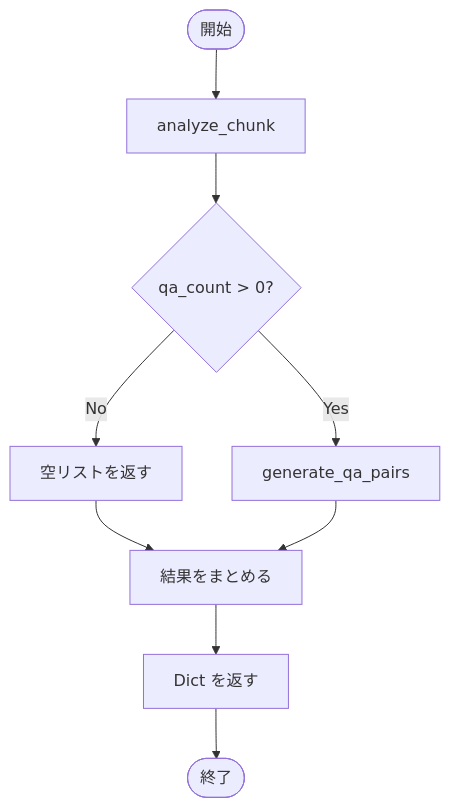
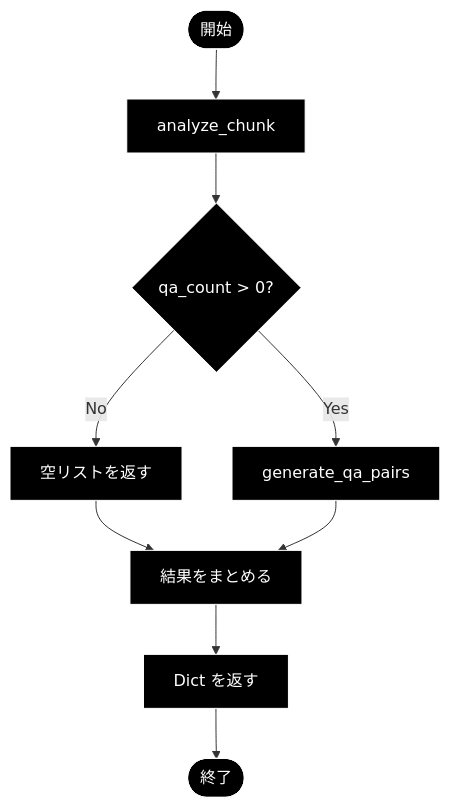
The eighth of 8 diagrams in qa_qdrant/doc/make_qa_qapipeline.md (nakashima2toshio/ollama_grace_agent_v2), drawn with Mermaid before and after one commit. The commit also changed other lines of this file and 12 other files, not shown here.

````diff
--- a/qa_qdrant/doc/make_qa_qapipeline.md
+++ b/qa_qdrant/doc/make_qa_qapipeline.md
@@ -908,14 +948,17 @@
 ```mermaid
 flowchart TD
     START([開始]) --> ANALYZE[analyze_chunk]
     ANALYZE --> CHECK_COUNT{qa_count > 0?}
     
     CHECK_COUNT -->|No| SKIP[空リストを返す]
     CHECK_COUNT -->|Yes| GENERATE[generate_qa_pairs]
     
     SKIP --> RESULT[結果をまとめる]
     GENERATE --> RESULT
     
     RESULT --> RETURN[Dict を返す]
     RETURN --> END([終了])
+classDef default fill:#000,stroke:#fff,color:#fff
+classDef subgraphStyle fill:#1a1a1a,stroke:#fff,color:#fff
+class START,ANALYZE,CHECK_COUNT,SKIP,GENERATE,RESULT,RETURN,END default
 ```
````
